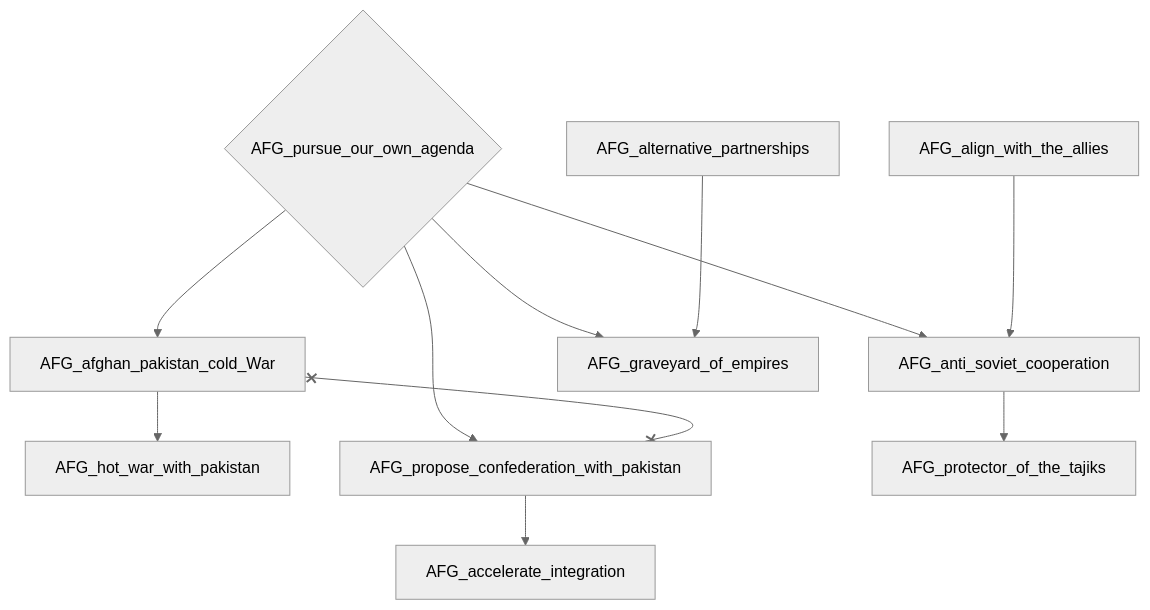
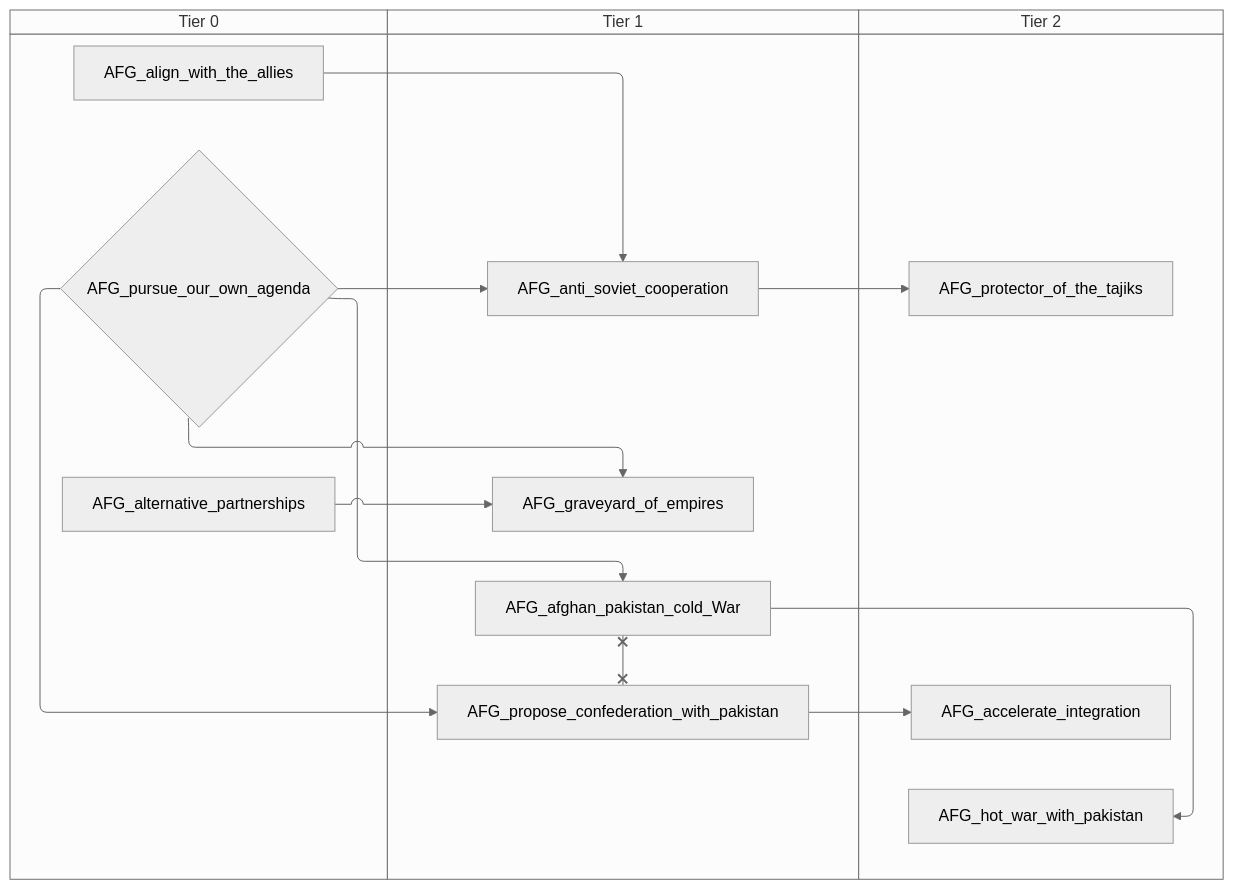
One commit to evgeny-sobol/hoi4-sandbox-mode-r56 changed the seventh of 8 diagrams in docs/gdd/National Focuses/r56/afghanistan.md. Above: the diagram before and after it, drawn with Mermaid (neutral theme). The commit also changed other lines of this file and 423 other files, not shown here.

First line of the commit message:
Re-export Rt56 focus trees as swimlane diagrams

````diff
--- a/docs/gdd/National Focuses/r56/afghanistan.md
+++ b/docs/gdd/National Focuses/r56/afghanistan.md
@@ -433,23 +517,29 @@
 ```mermaid
-flowchart TD
-    n169["AFG_accelerate_integration"]
-    n170["AFG_afghan_pakistan_cold_War"]
-    n104["AFG_align_with_the_allies"]
-    n114["AFG_alternative_partnerships"]
-    n105["AFG_anti_soviet_cooperation"]
-    n117["AFG_graveyard_of_empires"]
-    n171["AFG_hot_war_with_pakistan"]
-    n172["AFG_propose_confederation_with_pakistan"]
-    n110["AFG_protector_of_the_tajiks"]
-    n111{"AFG_pursue_our_own_agenda"}
-    n172 --> n169
-    n111 --> n170
-    n111 --> n105
-    n104 --> n105
-    n111 --> n117
-    n114 --> n117
+swimlane-beta TD
+    subgraph tier_0["Tier 0"]
+        n104["AFG_align_with_the_allies"]
+        n114["AFG_alternative_partnerships"]
+        n105{"AFG_pursue_our_own_agenda"}
+    end
+    subgraph tier_1["Tier 1"]
+        n169["AFG_afghan_pakistan_cold_War"]
+        n106["AFG_anti_soviet_cooperation"]
+        n115["AFG_graveyard_of_empires"]
+        n170["AFG_propose_confederation_with_pakistan"]
+    end
+    subgraph tier_2["Tier 2"]
+        n171["AFG_accelerate_integration"]
+        n172["AFG_hot_war_with_pakistan"]
+        n108["AFG_protector_of_the_tajiks"]
+    end
     n170 --> n171
-    n111 --> n172
-    n105 --> n110
-    n170 x--x n172
+    n105 --> n169
+    n105 --> n106
+    n104 --> n106
+    n105 --> n115
+    n114 --> n115
+    n169 --> n172
+    n105 --> n170
+    n106 --> n108
+    n169 x--x n170
 ```
````
